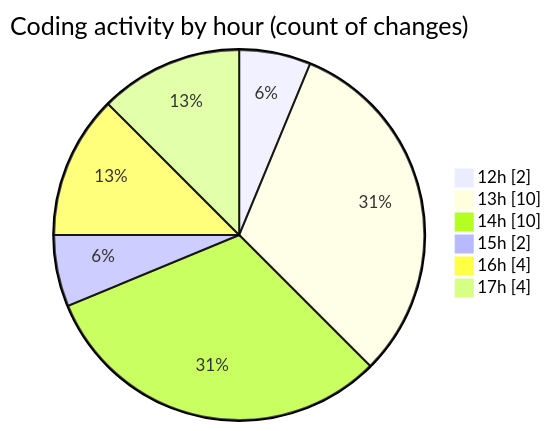
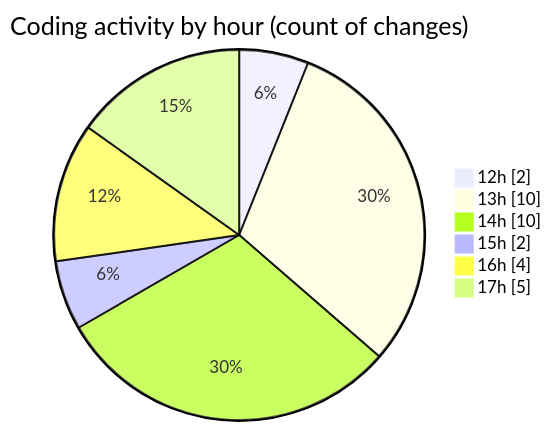
Before and after one commit to shibass792/code-tracking: the second of 2 diagrams in 2026-07-12/untitled__workspace_/README.md, drawn with Mermaid. The commit also changed other lines of this file and 1 other file, not shown here.

````diff
--- a/2026-07-12/untitled__workspace_/README.md
+++ b/2026-07-12/untitled__workspace_/README.md
@@ -37,10 +38,10 @@
 ```mermaid
 pie showData
 title Coding activity by hour (count of changes)
 "12h" : 2
 "13h" : 10
 "14h" : 10
 "15h" : 2
 "16h" : 4
-"17h" : 4
+"17h" : 5
 ```
````
